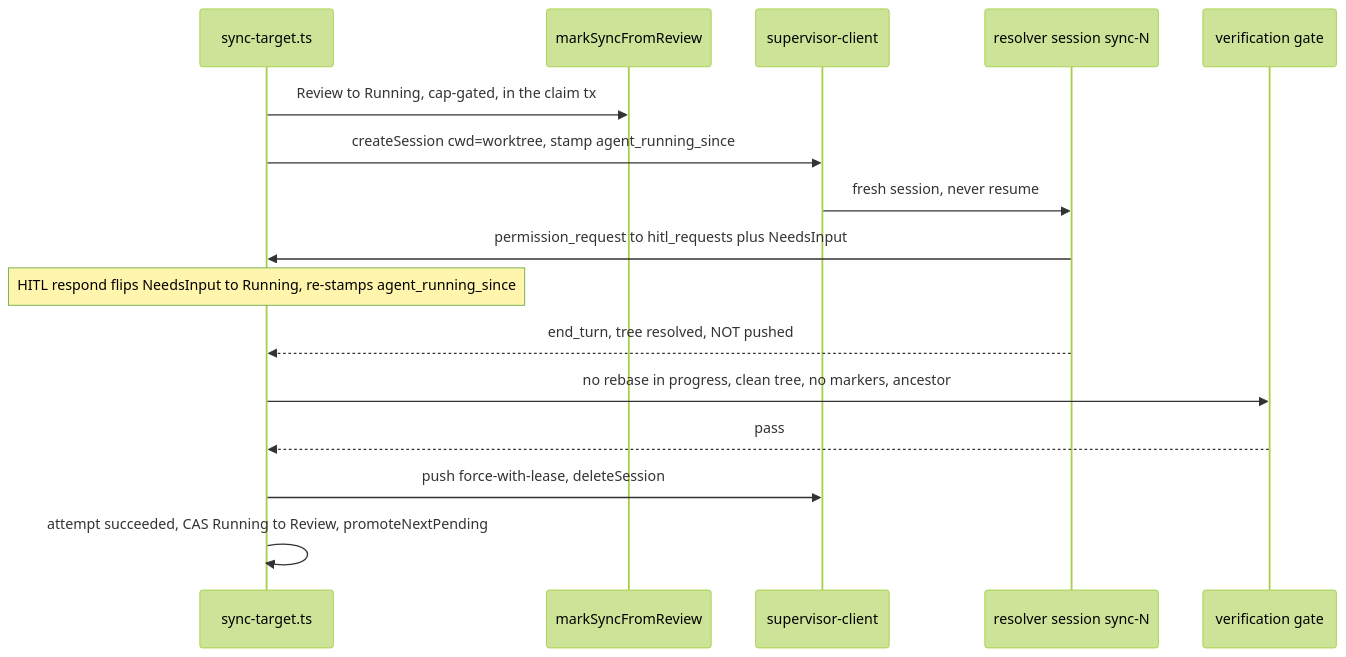
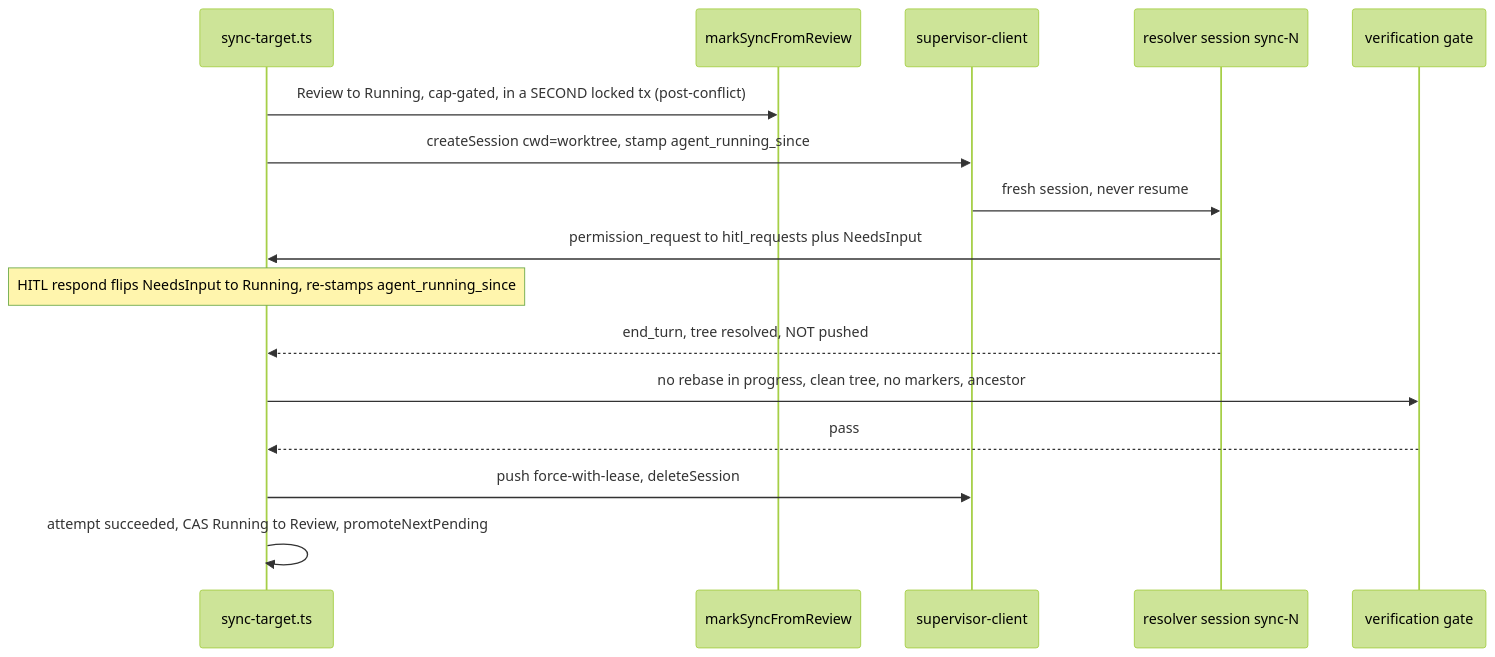
The fourth of 6 diagrams in docs/system-analytics/branch-sync.md (maister-dev/maister), drawn with Mermaid (forest theme) before and after one commit. The commit also changed other lines of this file and 9 other files, not shown here.

````diff
--- a/docs/system-analytics/branch-sync.md
+++ b/docs/system-analytics/branch-sync.md
@@ -97,18 +97,18 @@
 ```mermaid
 sequenceDiagram
     participant Svc as sync-target.ts
     participant State as markSyncFromReview
     participant Sup as supervisor-client
     participant Res as resolver session sync-N
     participant Gate as verification gate
-    Svc->>State: Review to Running, cap-gated, in the claim tx
+    Svc->>State: Review to Running, cap-gated, in a SECOND locked tx (post-conflict)
     Svc->>Sup: createSession cwd=worktree, stamp agent_running_since
     Sup->>Res: fresh session, never resume
     Res->>Svc: permission_request to hitl_requests plus NeedsInput
     Note over Svc: HITL respond flips NeedsInput to Running, re-stamps agent_running_since
     Res-->>Svc: end_turn, tree resolved, NOT pushed
     Svc->>Gate: no rebase in progress, clean tree, no markers, ancestor
     Gate-->>Svc: pass
     Svc->>Sup: push force-with-lease, deleteSession
     Svc->>Svc: attempt succeeded, CAS Running to Review, promoteNextPending
 ```
````
